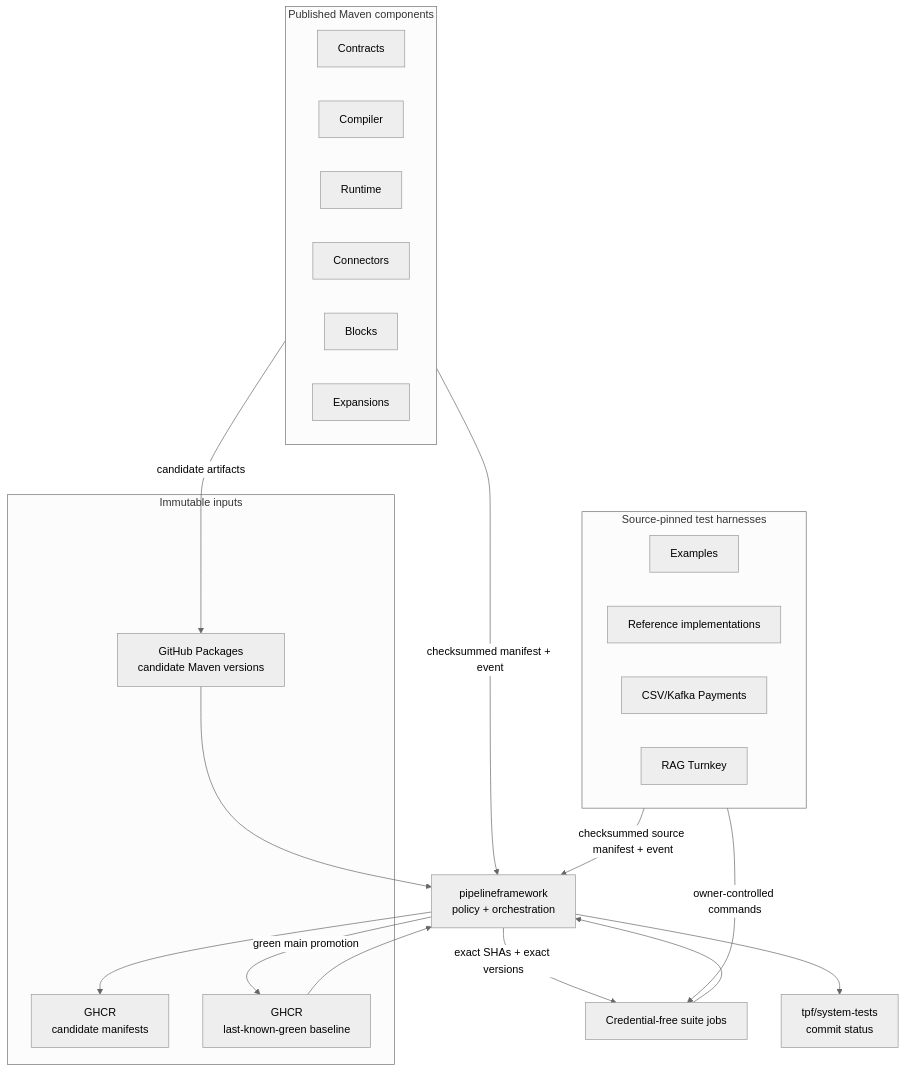
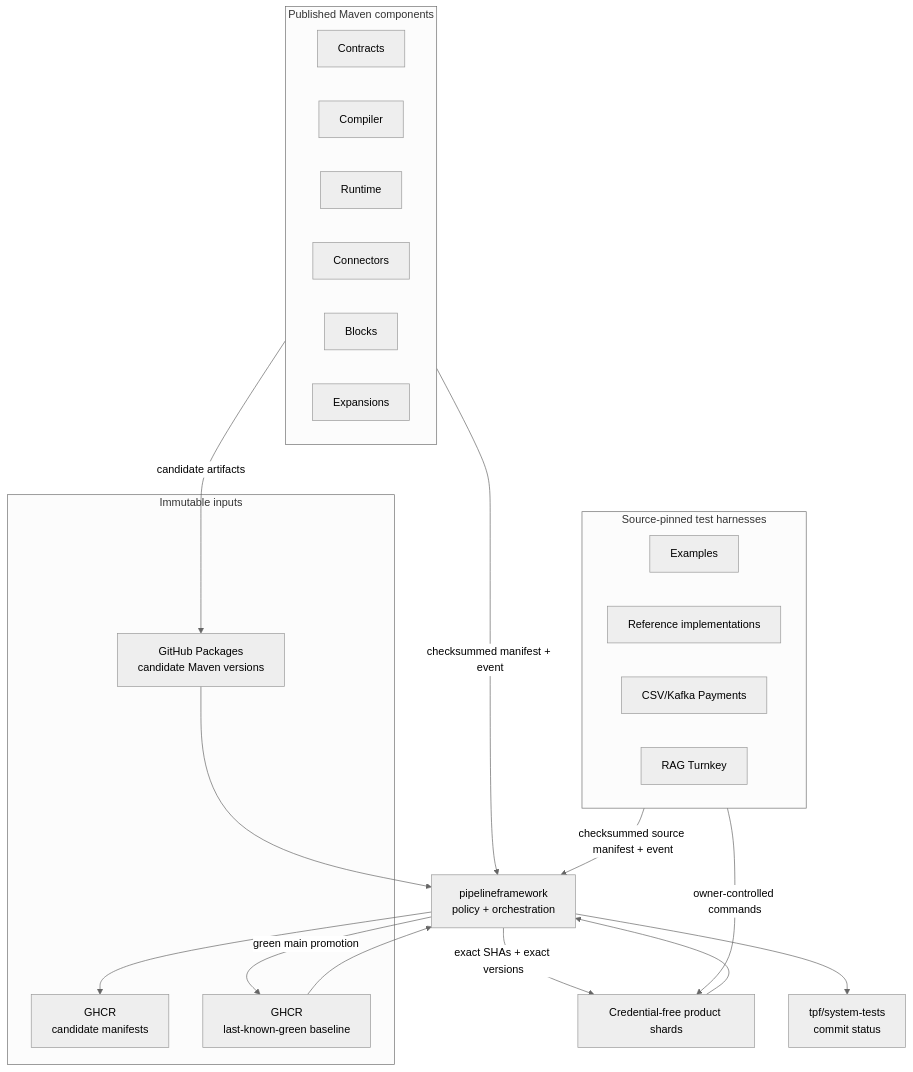
One commit to The-Pipeline-Framework/pipelineframework changed the first of 5 diagrams in docs/evolve/cross-repository-system-tests.md. Above: the diagram before and after it, drawn with Mermaid (neutral theme). The commit also changed other lines of this file and 21 other files, not shown here.

````diff
--- a/docs/evolve/cross-repository-system-tests.md
+++ b/docs/evolve/cross-repository-system-tests.md
@@ -12,40 +12,40 @@
 ```mermaid
 flowchart TB
     subgraph Producers[Published Maven components]
         Contracts[Contracts]
         Compiler[Compiler]
         Runtime[Runtime]
         Connectors[Connectors]
         Blocks[Blocks]
         Expansions[Expansions]
     end
 
     subgraph Harnesses[Source-pinned test harnesses]
         Examples[Examples]
         References[Reference implementations]
         CSV[CSV/Kafka Payments]
         RAG[RAG Turnkey]
     end
 
     subgraph Registries[Immutable inputs]
         Packages[GitHub Packages<br/>candidate Maven versions]
         CandidateOCI[GHCR<br/>candidate manifests]
         BaselineOCI[GHCR<br/>last-known-green baseline]
     end
 
     Coordinator[pipelineframework<br/>policy + orchestration]
-    Suites[Credential-free suite jobs]
+    Shards[Credential-free product shards]
     Status[tpf/system-tests<br/>commit status]
 
     Producers -->|candidate artifacts| Packages
     Producers -->|checksummed manifest + event| Coordinator
     Harnesses -->|checksummed source manifest + event| Coordinator
     Coordinator --> CandidateOCI
     BaselineOCI --> Coordinator
     Packages --> Coordinator
-    Coordinator -->|exact SHAs + exact versions| Suites
-    Harnesses -->|owner-controlled commands| Suites
-    Suites --> Coordinator
+    Coordinator -->|exact SHAs + exact versions| Shards
+    Harnesses -->|owner-controlled commands| Shards
+    Shards --> Coordinator
     Coordinator --> Status
     Coordinator -->|green main promotion| BaselineOCI
 ```
````
